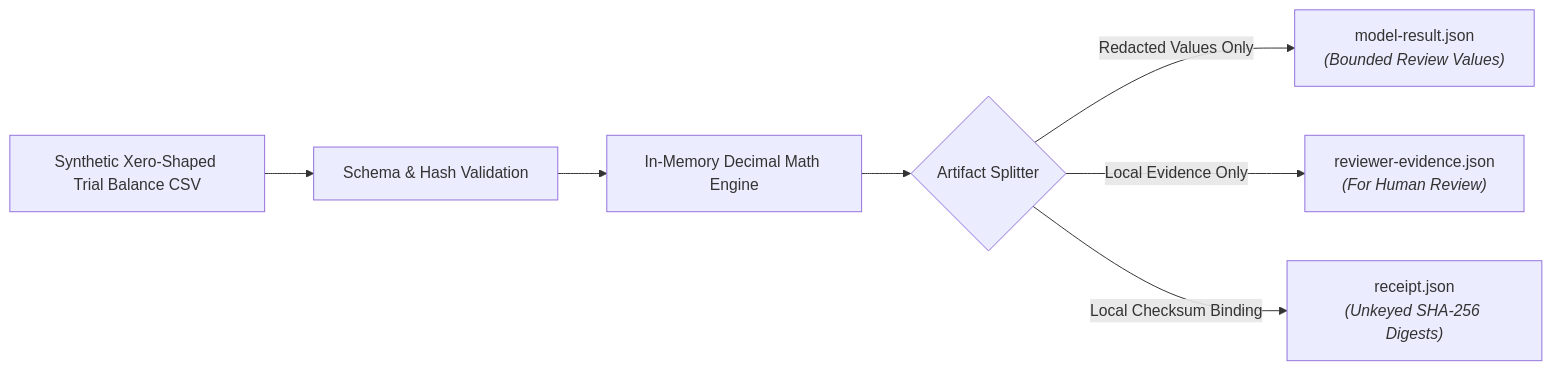
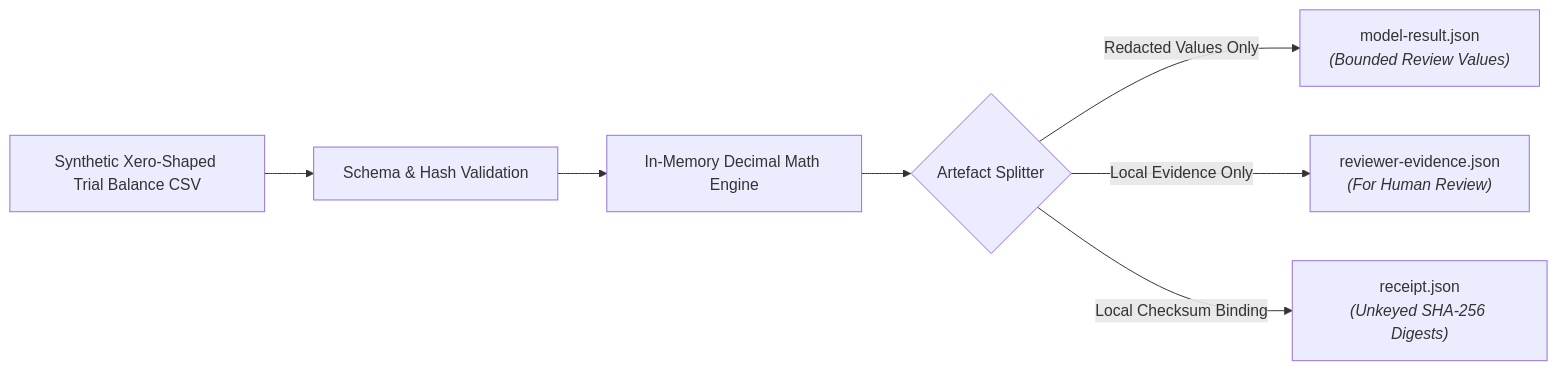
The diagram in packages/elizabeth-anne-alexander/DATA-FLOW.md (ryanduguid/accounting-review-pipeline), drawn with Mermaid before and after one commit. The commit also changed 79 other files, not shown here.

````diff
--- a/packages/elizabeth-anne-alexander/DATA-FLOW.md
+++ b/packages/elizabeth-anne-alexander/DATA-FLOW.md
@@ -16,10 +16,10 @@
 ```mermaid
 flowchart LR
     Source["Synthetic Xero-Shaped Trial Balance CSV"] --> Ingestion["Schema & Hash Validation"]
     Ingestion --> Sandbox["In-Memory Decimal Math Engine"]
-    Sandbox --> Split{"Artifact Splitter"}
+    Sandbox --> Split{"Artefact Splitter"}
     
     Split -->|Redacted Values Only| ModelArtifact["model-result.json<br/><i>(Bounded Review Values)</i>"]
     Split -->|Local Evidence Only| HumanArtifact["reviewer-evidence.json<br/><i>(For Human Review)</i>"]
     Split -->|Local Checksum Binding| Receipt["receipt.json<br/><i>(Unkeyed SHA-256 Digests)</i>"]
 ```
````
